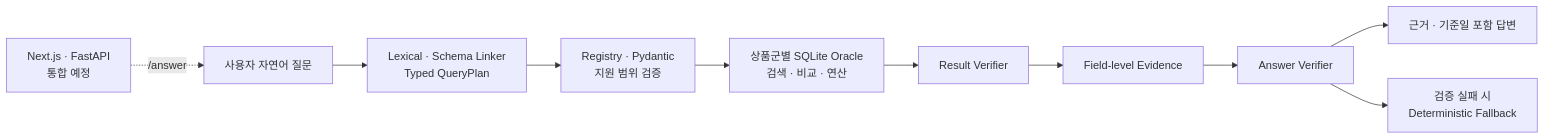
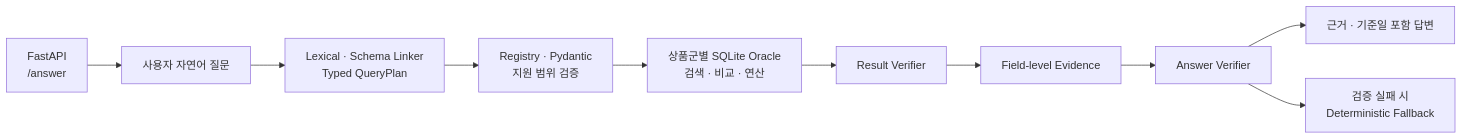
Before and after one commit to Hyunhoim/gaeng3: the diagram in README.md, drawn with Mermaid. The commit also changed other lines of this file and 22 other files, not shown here.

First line of the commit message:
feat(api): FastAPI 백엔드와 Docker 실행 경로 추가

````diff
--- a/README.md
+++ b/README.md
@@ -51,12 +51,12 @@
 ```mermaid
 flowchart LR
-    APP["Next.js · FastAPI<br/>통합 예정"] -. "/answer" .-> Q["사용자 자연어 질문"]
+    APP["FastAPI<br/>/answer"] --> Q["사용자 자연어 질문"]
     Q --> P["Lexical · Schema Linker<br/>Typed QueryPlan"]
     P --> C["Registry · Pydantic<br/>지원 범위 검증"]
     C --> O["상품군별 SQLite Oracle<br/>검색 · 비교 · 연산"]
     O --> V["Result Verifier"]
     V --> E["Field-level Evidence"]
     E --> A["Answer Verifier"]
     A --> R["근거 · 기준일 포함 답변"]
     A --> F["검증 실패 시<br/>Deterministic Fallback"]
 ```
````
